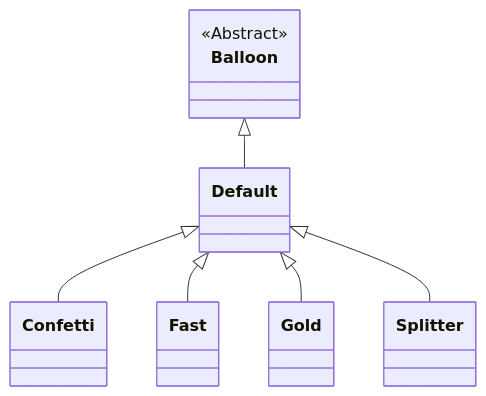
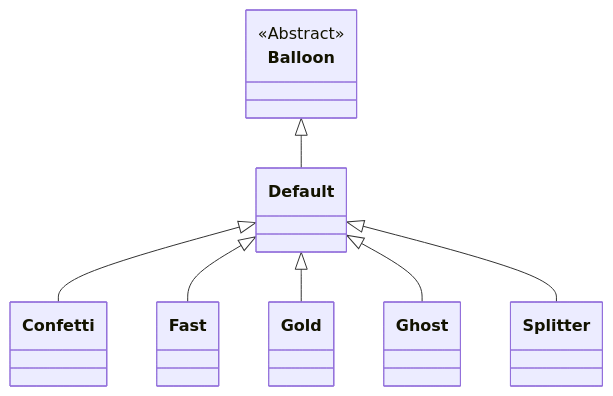
The second of 3 diagrams in docs/README.md (SimonStnn/pop-a-loon), drawn with Mermaid before and after one commit. The commit also changed other lines of this file and 3 other files, not shown here.

````diff
--- a/docs/README.md
+++ b/docs/README.md
@@ -285,11 +286,12 @@
 ```mermaid
 classDiagram
 direction BT
 class Balloon { <<Abstract>> }
 
 Default --|> Balloon
 Confetti --|> Default
 Fast --|> Default
 Gold --|> Default
+Ghost --|> Default
 Splitter --|> Default
 ```
````
